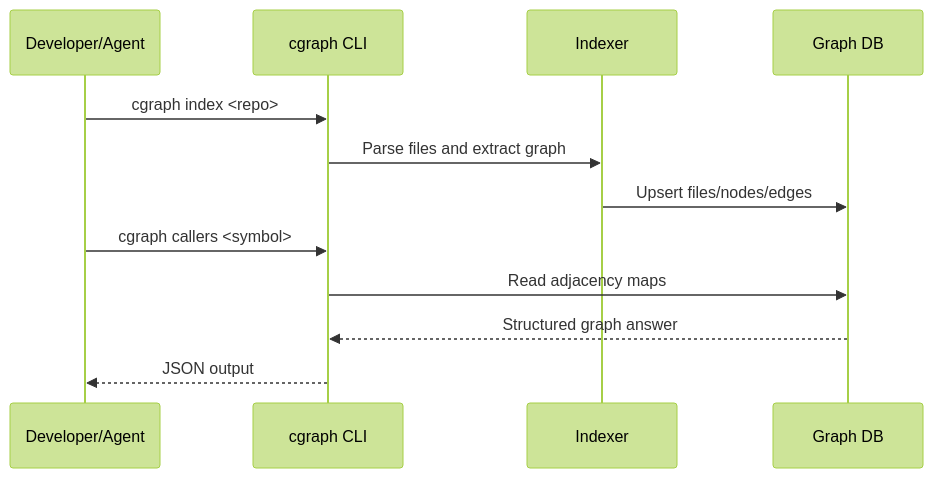
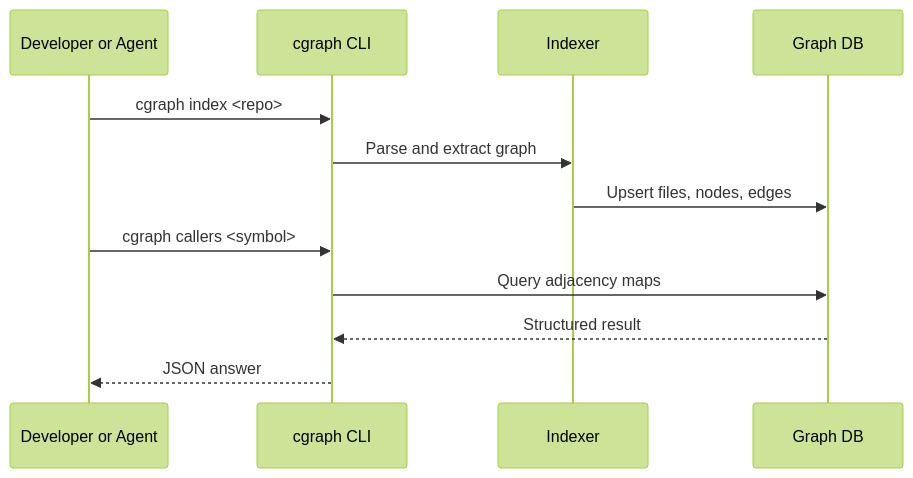
The first of 3 diagrams in README.md (samarth-w/agent_graph), drawn with Mermaid (forest theme) before and after one commit. The commit also changed other lines of this file, not shown here.

````diff
--- a/README.md
+++ b/README.md
@@ -268,15 +151,15 @@
 ```mermaid
 sequenceDiagram
-  participant Dev as Developer/Agent
+  participant Dev as Developer or Agent
   participant CLI as cgraph CLI
   participant IDX as Indexer
   participant DB as Graph DB
 
   Dev->>CLI: cgraph index <repo>
-  CLI->>IDX: Parse files and extract graph
-  IDX->>DB: Upsert files/nodes/edges
+  CLI->>IDX: Parse and extract graph
+  IDX->>DB: Upsert files, nodes, edges
   Dev->>CLI: cgraph callers <symbol>
-  CLI->>DB: Read adjacency maps
-  DB-->>CLI: Structured graph answer
-  CLI-->>Dev: JSON output
+  CLI->>DB: Query adjacency maps
+  DB-->>CLI: Structured result
+  CLI-->>Dev: JSON answer
 ```
````
